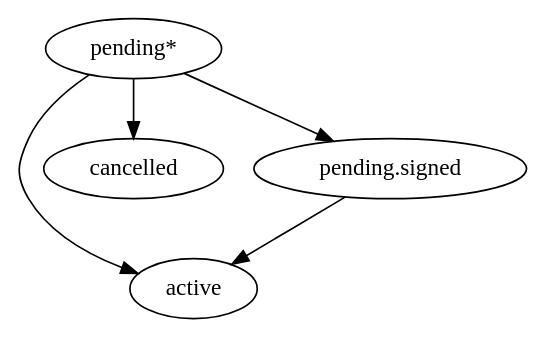
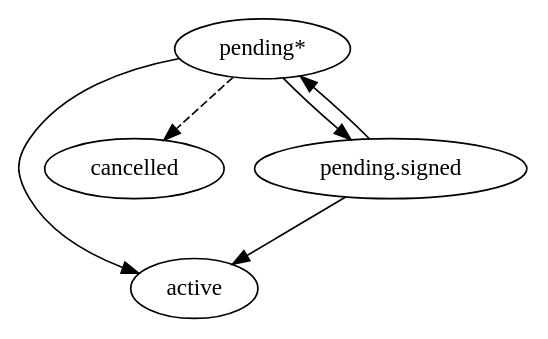
One commit to mepps-md/openprocurement.tender.limited changed the diagram in docs/source/standard/contract.rst. Above: the diagram before and after it, drawn with Graphviz. The commit also changed other lines of this file and 27 other files, not shown here.

```diff
--- a/docs/source/standard/contract.rst
+++ b/docs/source/standard/contract.rst
@@ -100,12 +100,14 @@
 .. graphviz::
 
     digraph G {
         A [ label="pending*" ]
         B [ label="active"]
         C [ label="cancelled"]
         D [ label="pending.signed"]
          A -> B;
-         A -> C;
          A -> D;
          D -> B;
+         D -> A;
+         edge[style=dashed];
+         A -> C;
     }
```
